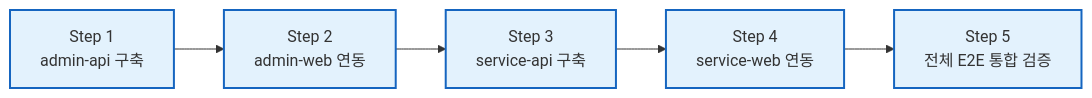
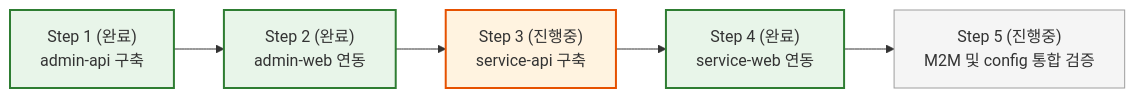
The diagram in docs/control-data-plane-architecture-plan.md (JYK0128/web-framework-app), drawn with Mermaid before and after one commit. The commit also changed other lines of this file and 131 other files, not shown here.

````diff
--- a/docs/control-data-plane-architecture-plan.md
+++ b/docs/control-data-plane-architecture-plan.md
@@ -204,10 +198,14 @@
 ```mermaid
 flowchart LR
-    Step1["Step 1\nadmin-api 구축"] --> Step2["Step 2\nadmin-web 연동"]
-    Step2 --> Step3["Step 3\nservice-api 구축"]
-    Step3 --> Step4["Step 4\nservice-web 연동"]
-    Step4 --> Step5["Step 5\n전체 E2E 통합 검증"]
+    Step1["Step 1 (완료)\nadmin-api 구축"] --> Step2["Step 2 (완료)\nadmin-web 연동"]
+    Step2 --> Step3["Step 3 (진행중)\nservice-api 구축"]
+    Step3 --> Step4["Step 4 (완료)\nservice-web 연동"]
+    Step4 --> Step5["Step 5 (진행중)\nM2M 및 config 통합 검증"]
 
-    classDef active fill:#e3f2fd,stroke:#1565c0,stroke-width:2px;
-    class Step1,Step2,Step3,Step4,Step5 active;
+    classDef done fill:#e8f5e9,stroke:#2e7d32,stroke-width:2px;
+    classDef inprogress fill:#fff3e0,stroke:#e65100,stroke-width:2px;
+    classDef planned fill:#f5f5f5,stroke:#9e9e9e,stroke-width:1px;
+    class Step1,Step2,Step4 done;
+    class Step3 inprogress;
+    class Step5 planned;
 ```
````
